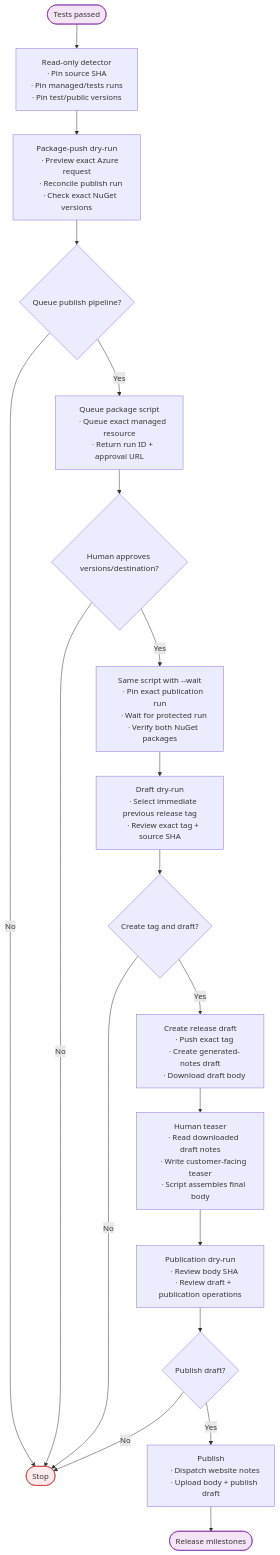
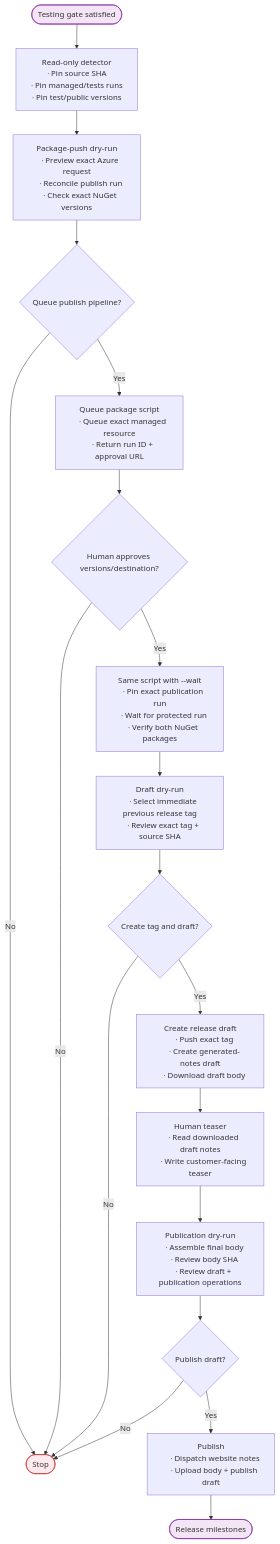
Before and after one commit to mono/SkiaSharp: the third of 4 diagrams in documentation/dev/releasing.md, drawn with Mermaid. The commit also changed other lines of this file and 1 other file, not shown here.

````diff
--- a/documentation/dev/releasing.md
+++ b/documentation/dev/releasing.md
@@ -232,49 +239,49 @@
 ```mermaid
 flowchart TB
-    START([Tests passed]) --> DETECT
+    START([Testing gate satisfied]) --> DETECT
     DETECT["Read-only detector
     ∙ Pin source SHA
     ∙ Pin managed/tests runs
     ∙ Pin test/public versions"] --> PUSH_AUDIT
     PUSH_AUDIT["Package-push dry-run
     ∙ Preview exact Azure request
     ∙ Reconcile publish run
     ∙ Check exact NuGet versions"] --> APPROVE1{Queue publish pipeline?}
     APPROVE1 -->|No| STOP([Stop])
     APPROVE1 -->|Yes| PUSH
     PUSH["Queue package script
     ∙ Queue exact managed resource
     ∙ Return run ID + approval URL"] --> AZURE_APPROVAL{Human approves versions/destination?}
     AZURE_APPROVAL -->|No| STOP
     AZURE_APPROVAL -->|Yes| WAIT
     WAIT["Same script with --wait
     ∙ Pin exact publication run
     ∙ Wait for protected run
     ∙ Verify both NuGet packages"] --> DRAFT_AUDIT
     DRAFT_AUDIT["Draft dry-run
     ∙ Select immediate previous release tag
     ∙ Review exact tag + source SHA"] --> APPROVE2{Create tag and draft?}
     APPROVE2 -->|No| STOP
     APPROVE2 -->|Yes| DRAFT
     DRAFT["Create release draft
     ∙ Push exact tag
     ∙ Create generated-notes draft
     ∙ Download draft body"] --> TEASER
     TEASER["Human teaser
     ∙ Read downloaded draft notes
-    ∙ Write customer-facing teaser
-    ∙ Script assembles final body"] --> PUBLICATION_AUDIT
+    ∙ Write customer-facing teaser"] --> PUBLICATION_AUDIT
     PUBLICATION_AUDIT["Publication dry-run
+    ∙ Assemble final body
     ∙ Review body SHA
     ∙ Review draft + publication operations"] --> APPROVE3{Publish draft?}
     APPROVE3 -->|No| STOP
     APPROVE3 -->|Yes| PUBLISH
     PUBLISH["Publish
     ∙ Dispatch website notes
     ∙ Upload body + publish draft"] --> HANDOFF([Release milestones])
 
     classDef error fill:#ffebee,stroke:#c62828
     classDef endpoint fill:#f3e5f5,stroke:#7b1fa2
     class STOP error
     class START,HANDOFF endpoint
 ```
````
